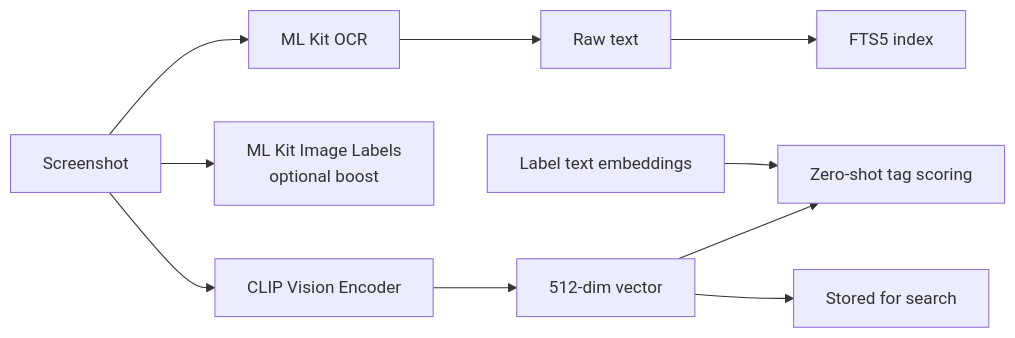
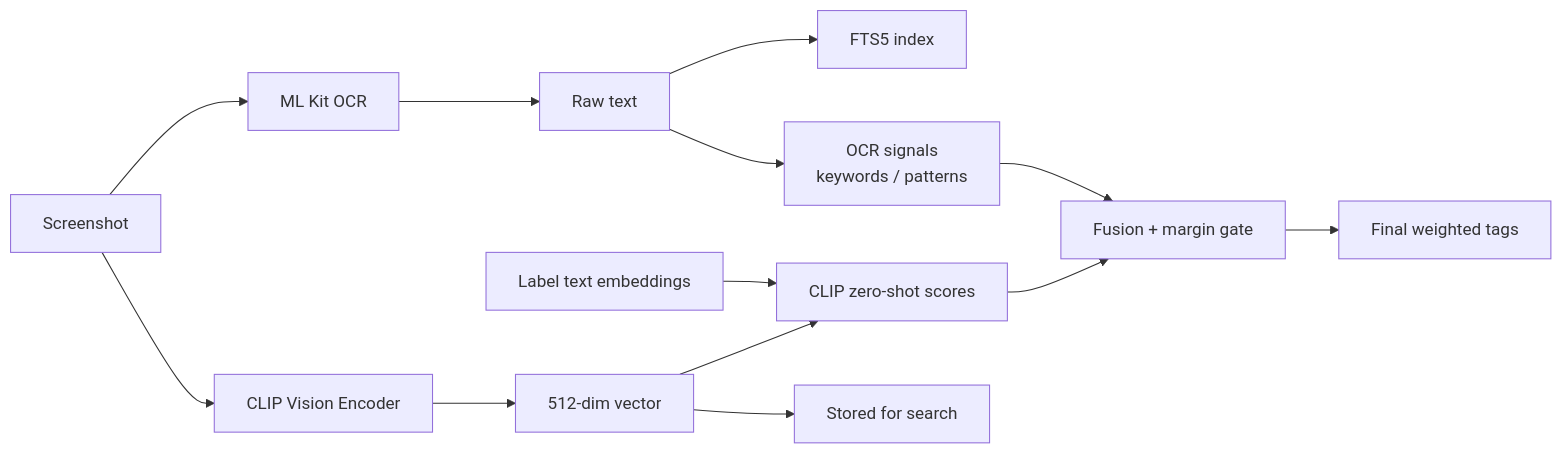
Before and after one commit to jehadbaeth/sshot-classifier: the second of 8 diagrams in docs/design.md, drawn with Mermaid. The commit also changed other lines of this file and 6 other files, not shown here.

````diff
--- a/docs/design.md
+++ b/docs/design.md
@@ -124,15 +132,18 @@
 ```mermaid
 flowchart LR
     IMG[Screenshot] --> OCRX[ML Kit OCR]
-    IMG --> MLK[ML Kit Image Labels<br/>optional boost]
     IMG --> CV[CLIP Vision Encoder]
 
     OCRX --> TXT[Raw text]
     TXT --> FTSIDX[FTS5 index]
+    TXT --> OSIG[OCR signals<br/>keywords / patterns]
 
     CV --> VEC[512-dim vector]
-    VEC --> ZSC[Zero-shot tag scoring]
+    VEC --> ZSC[CLIP zero-shot scores]
     VEC --> STORE[Stored for search]
+    LBL[Label text embeddings] --> ZSC
 
-    LBL[Label text embeddings] --> ZSC
+    ZSC --> FUSE[Fusion + margin gate]
+    OSIG --> FUSE
+    FUSE --> TAGS[Final weighted tags]
 ```
````
